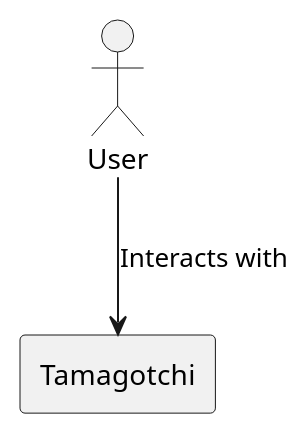
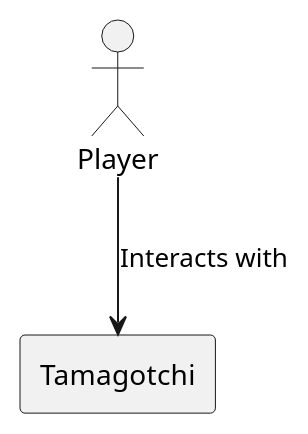
Before and after one commit to juwel-dev/sharpening-the-knife-tamagotchi: the diagram in uml/01-SystemContext.puml, drawn with PlantUML.

Commit message:
rename user to player in system context diagram

```diff
--- a/uml/01-SystemContext.puml
+++ b/uml/01-SystemContext.puml
@@ -1,12 +1,12 @@
 @startuml
 'https://plantuml.com/class-diagram
 
 rectangle "Tamagotchi"
 
-actor "User"
+actor "Player"
 
-"User" -down-> "Tamagotchi" : Interacts with
+"Player" -down-> "Tamagotchi" : Interacts with
 
 
 
 @enduml
```
